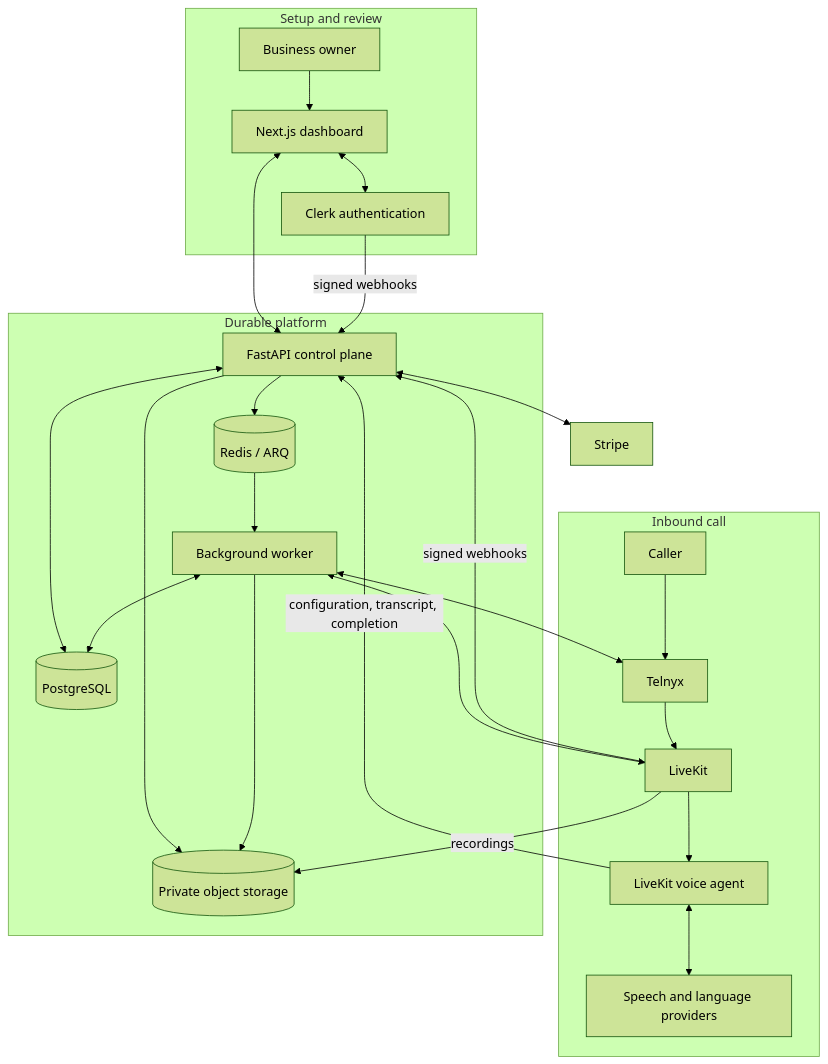
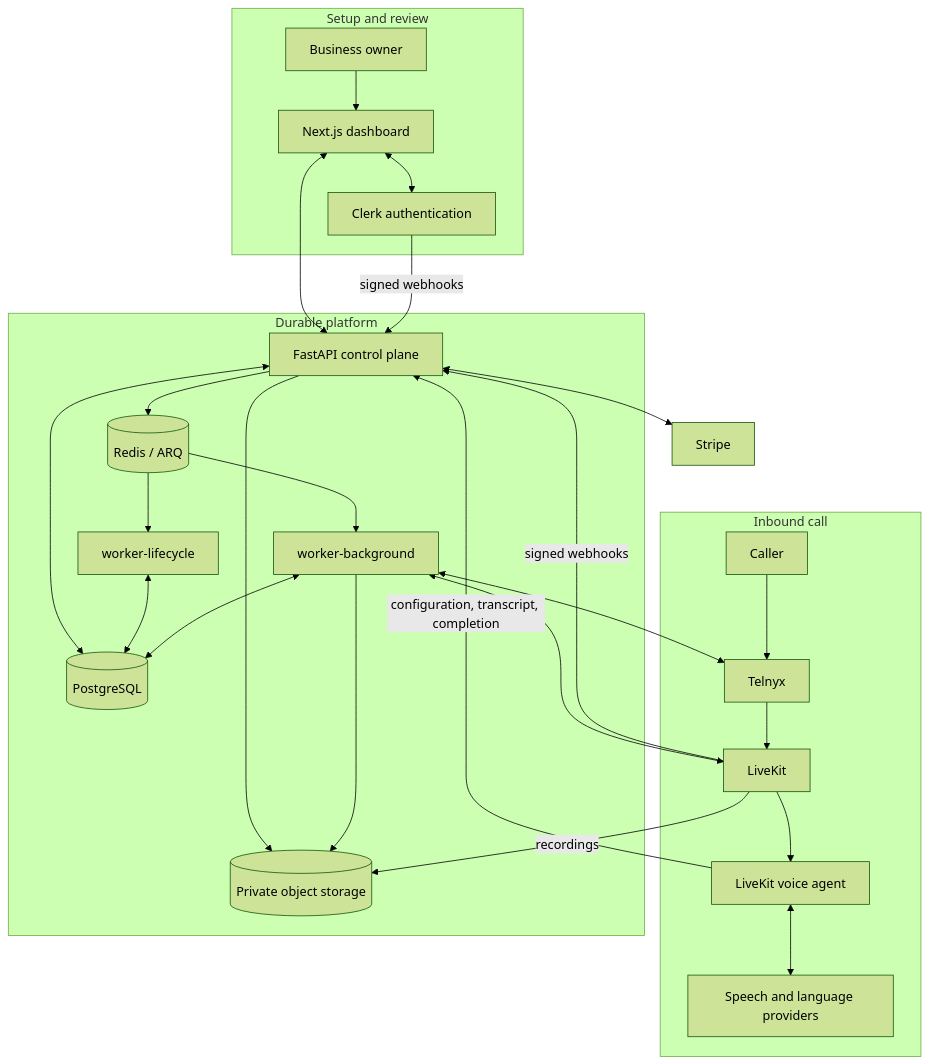
The diagram in README.md (m4bulmagd/opevo), drawn with Mermaid (forest theme) before and after one commit. The commit also changed other lines of this file and 11 other files, not shown here.

````diff
--- a/README.md
+++ b/README.md
@@ -48,30 +48,33 @@
 ```mermaid
 flowchart TB
     subgraph Setup["Setup and review"]
         Owner[Business owner] --> Web[Next.js dashboard]
         Web <--> Clerk[Clerk authentication]
     end
 
     subgraph Calls["Inbound call"]
         Caller --> Telnyx --> LiveKit --> Agent[LiveKit voice agent]
         Agent <--> AI[Speech and language providers]
     end
 
     Web <--> API[FastAPI control plane]
     Clerk -->|signed webhooks| API
     Agent -->|configuration, transcript, completion| API
     LiveKit -->|signed webhooks| API
 
     subgraph Platform["Durable platform"]
         API <--> DB[(PostgreSQL)]
-        API --> Redis[(Redis / ARQ)] --> Worker[Background worker]
-        Worker <--> DB
+        API --> Redis[(Redis / ARQ)]
+        Redis --> Lifecycle[worker-lifecycle]
+        Redis --> Background[worker-background]
+        Lifecycle <--> DB
+        Background <--> DB
         API --> Storage[(Private object storage)]
-        Worker --> Storage
+        Background --> Storage
     end
 
     API <--> Stripe[Stripe]
-    Worker <--> Telnyx
-    Worker <--> LiveKit
+    Background <--> Telnyx
+    Background <--> LiveKit
     LiveKit -->|recordings| Storage
 ```
````
